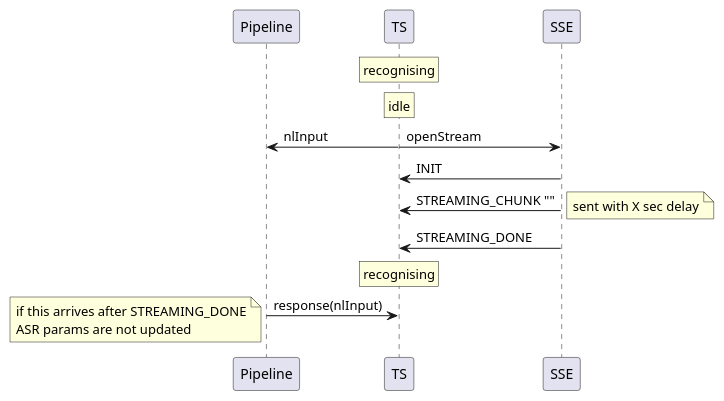
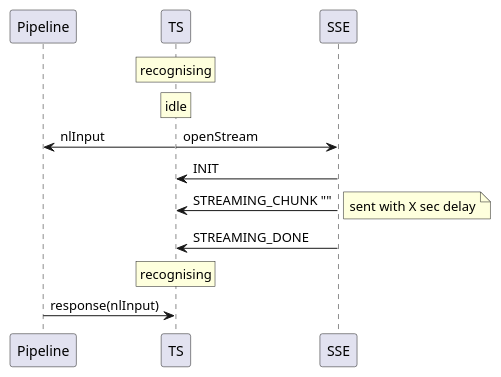
Before and after one commit to Talkamatic/tala-speech: the third of 3 diagrams in README.org, drawn with PlantUML. The commit also changed 9 other files, not shown here.

```diff
--- a/README.org
+++ b/README.org
@@ -116,24 +116,20 @@
 #+begin_src plantuml :results output replace :file docs/diagrams/stream-and-tdm.svg :exports results
   skinparam defaultFontName Helvetica
   !pragma teoz true
   participant Pipeline
   participant TS
   participant SSE
   rnote over TS: recognising
   rnote over TS: idle
   TS -> Pipeline: nlInput
   &  TS -> SSE: openStream
   SSE -> TS: INIT
   SSE -> TS: STREAMING_CHUNK ""
   note right
     sent with X sec delay
   end note
   SSE -> TS: STREAMING_DONE
   rnote over TS: recognising
   Pipeline -> TS: response(nlInput)
-  note left
-    if this arrives after STREAMING_DONE
-    ASR params are not updated
-  end note
 
 #+end_src
```
